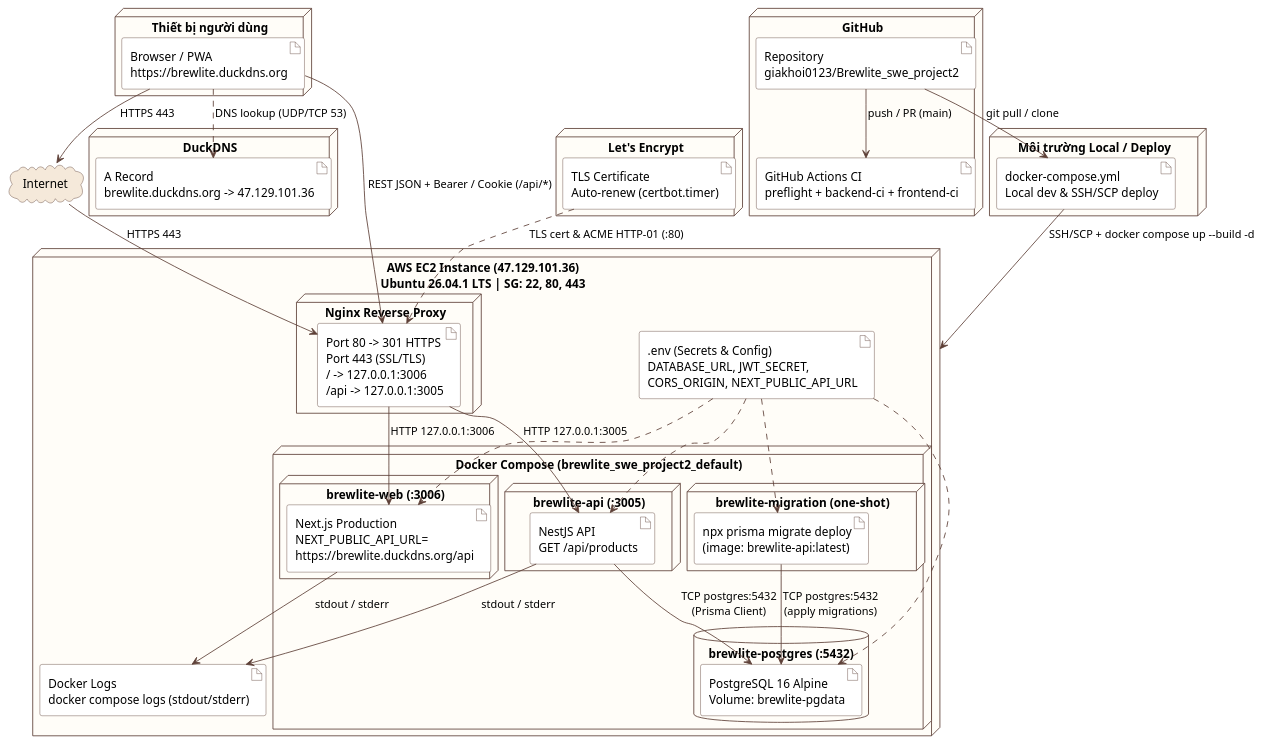
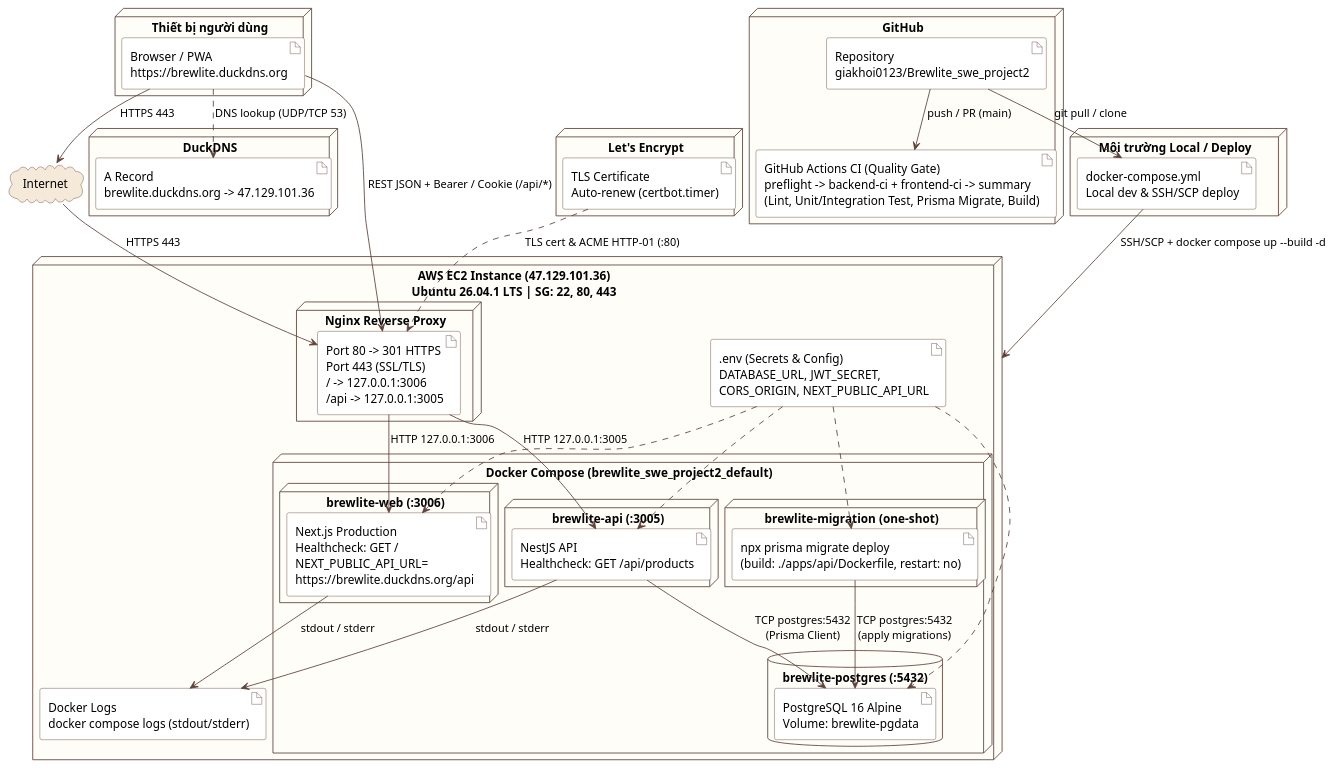
The diagram in docs/diagrams/deployment-target.puml (giakhoi0123/Brewlite_swe_project2), drawn with PlantUML before and after one commit. The commit also changed 11 other files, not shown here.

Commit message:
refactor(loyalty): rename LoyaltyLog to LoyaltyTransaction and update diagrams

```diff
--- a/docs/diagrams/deployment-target.puml
+++ b/docs/diagrams/deployment-target.puml
@@ -1,94 +1,94 @@
 @startuml
 !pragma layout smetana
 skinparam shadowing false
 skinparam defaultFontName "Noto Sans"
 skinparam ArrowColor #5D4037
 skinparam node {
   BackgroundColor #FFFDF8
   BorderColor #5D4037
 }
 skinparam database {
   BackgroundColor #FFFDF8
   BorderColor #5D4037
 }
 skinparam cloud {
   BackgroundColor #F5E9DA
   BorderColor #5D4037
 }
 skinparam artifact {
   BackgroundColor #FFFFFF
   BorderColor #5D4037
 }
 
 node "Thiết bị người dùng" as client {
   artifact "Browser / PWA\nhttps://brewlite.duckdns.org" as pwa
 }
 
 cloud "Internet" as internet
 
 node "DuckDNS" as dns {
   artifact "A Record\nbrewlite.duckdns.org -> 47.129.101.36" as dnsrec
 }
 
 node "Let's Encrypt" as le {
   artifact "TLS Certificate\nAuto-renew (certbot.timer)" as cert
 }
 
 node "AWS EC2 Instance (47.129.101.36)\nUbuntu 26.04.1 LTS | SG: 22, 80, 443" as ec2 {
   node "Nginx Reverse Proxy" as nginx {
     artifact "Port 80 -> 301 HTTPS\nPort 443 (SSL/TLS)\n/ -> 127.0.0.1:3006\n/api -> 127.0.0.1:3005" as proxy
   }
 
   node "Docker Compose (brewlite_swe_project2_default)" as compose_net {
     node "brewlite-web (:3006)" as web {
-      artifact "Next.js Production\nNEXT_PUBLIC_API_URL=\nhttps://brewlite.duckdns.org/api" as next
+      artifact "Next.js Production\nHealthcheck: GET /\nNEXT_PUBLIC_API_URL=\nhttps://brewlite.duckdns.org/api" as next
     }
 
     node "brewlite-api (:3005)" as api {
-      artifact "NestJS API\nGET /api/products" as nest
+      artifact "NestJS API\nHealthcheck: GET /api/products" as nest
     }
 
     node "brewlite-migration (one-shot)" as mig {
-      artifact "npx prisma migrate deploy\n(image: brewlite-api:latest)" as migrate
+      artifact "npx prisma migrate deploy\n(build: ./apps/api/Dockerfile, restart: no)" as migrate
     }
 
     database "brewlite-postgres (:5432)" as db {
       artifact "PostgreSQL 16 Alpine\nVolume: brewlite-pgdata" as storage
     }
   }
 
   artifact ".env (Secrets & Config)\nDATABASE_URL, JWT_SECRET,\nCORS_ORIGIN, NEXT_PUBLIC_API_URL" as secrets
   artifact "Docker Logs\ndocker compose logs (stdout/stderr)" as logs
 }
 
 node "GitHub" as github {
   artifact "Repository\ngiakhoi0123/Brewlite_swe_project2" as repo
-  artifact "GitHub Actions CI\npreflight + backend-ci + frontend-ci" as actions
+  artifact "GitHub Actions CI (Quality Gate)\npreflight -> backend-ci + frontend-ci -> summary\n(Lint, Unit/Integration Test, Prisma Migrate, Build)" as actions
 }
 
 node "Môi trường Local / Deploy" as local {
   artifact "docker-compose.yml\nLocal dev & SSH/SCP deploy" as local_compose
 }
 
 pwa --> internet : HTTPS 443
 pwa ..> dnsrec : DNS lookup (UDP/TCP 53)
 internet --> proxy : HTTPS 443
 cert ..> proxy : TLS cert & ACME HTTP-01 (:80)
 
 proxy --> next : HTTP 127.0.0.1:3006
 proxy --> nest : HTTP 127.0.0.1:3005
 pwa --> proxy : REST JSON + Bearer / Cookie (/api/*)
 
 migrate --> storage : TCP postgres:5432\n(apply migrations)
 nest --> storage : TCP postgres:5432\n(Prisma Client)
 nest --> logs : stdout / stderr
 next --> logs : stdout / stderr
 secrets ..> next
 secrets ..> nest
 secrets ..> migrate
 secrets ..> storage
 
 repo --> actions : push / PR (main)
 repo --> local_compose : git pull / clone
 local_compose --> ec2 : SSH/SCP + docker compose up --build -d
 @enduml
```
